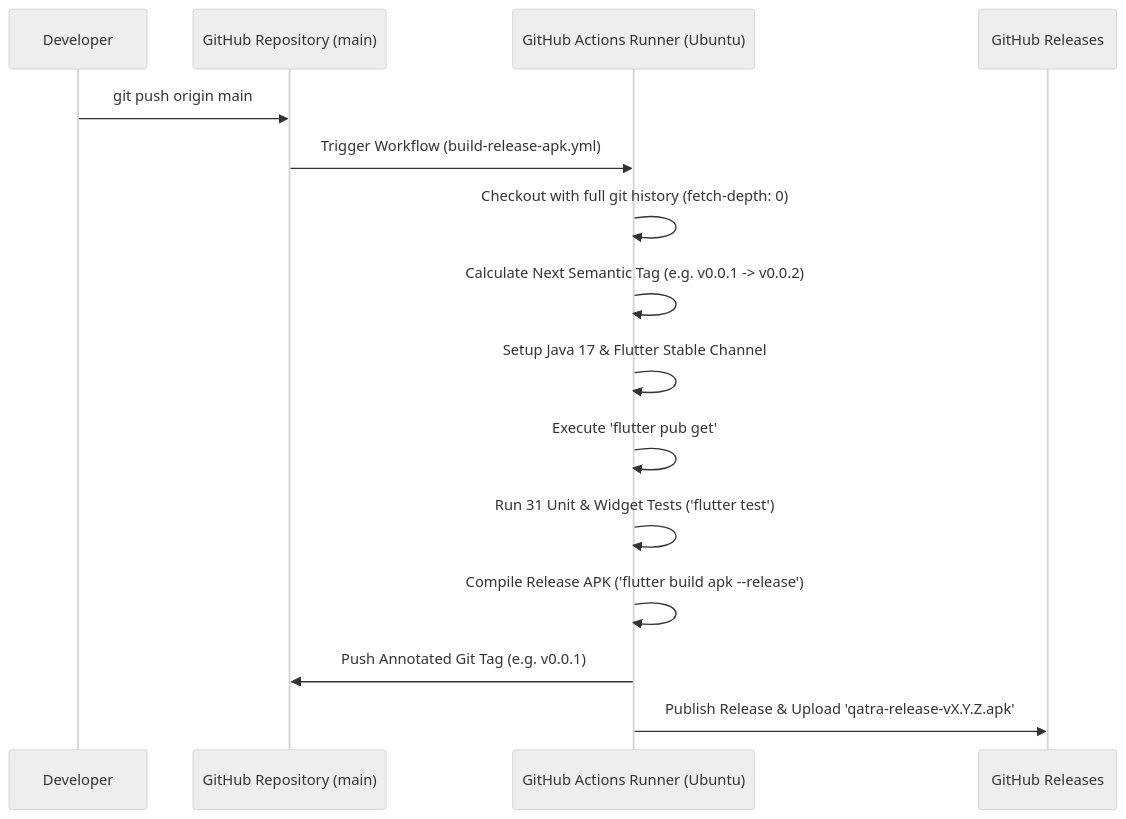
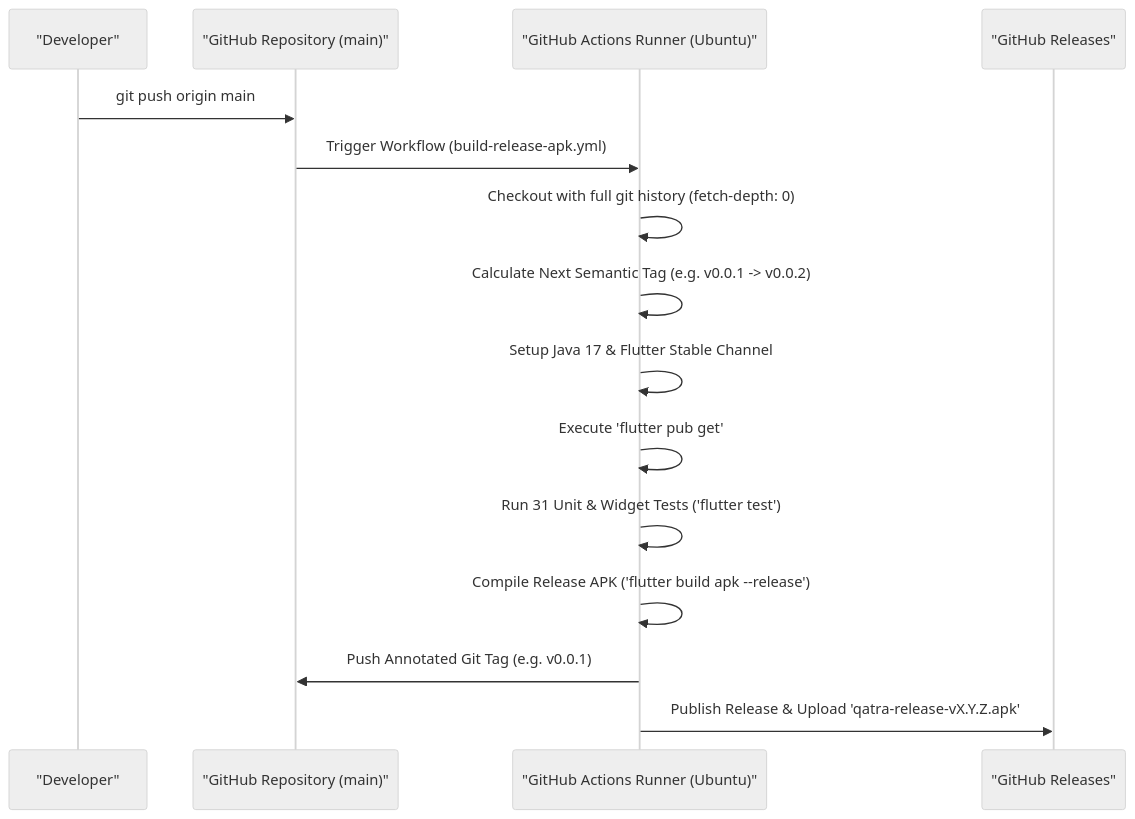
The second of 2 diagrams in README.md (abdulhayykhan/QATRA-Mob-App), drawn with Mermaid (neutral theme) before and after one commit. The commit also changed other lines of this file, not shown here.

Commit message:
fix(docs): fix Mermaid diagram syntax and quoting for GitHub rendering

````diff
--- a/README.md
+++ b/README.md
@@ -519,18 +519,18 @@
 ```mermaid
 sequenceDiagram
-    participant Dev as Developer
-    participant GH as GitHub Repository (main)
-    participant Runner as GitHub Actions Runner (Ubuntu)
-    participant Release as GitHub Releases
+    participant Dev as "Developer"
+    participant GH as "GitHub Repository (main)"
+    participant Runner as "GitHub Actions Runner (Ubuntu)"
+    participant Release as "GitHub Releases"
 
     Dev->>GH: git push origin main
     GH->>Runner: Trigger Workflow (build-release-apk.yml)
     Runner->>Runner: Checkout with full git history (fetch-depth: 0)
     Runner->>Runner: Calculate Next Semantic Tag (e.g. v0.0.1 -> v0.0.2)
     Runner->>Runner: Setup Java 17 & Flutter Stable Channel
     Runner->>Runner: Execute 'flutter pub get'
     Runner->>Runner: Run 31 Unit & Widget Tests ('flutter test')
     Runner->>Runner: Compile Release APK ('flutter build apk --release')
     Runner->>GH: Push Annotated Git Tag (e.g. v0.0.1)
     Runner->>Release: Publish Release & Upload 'qatra-release-vX.Y.Z.apk'
 ```
````
